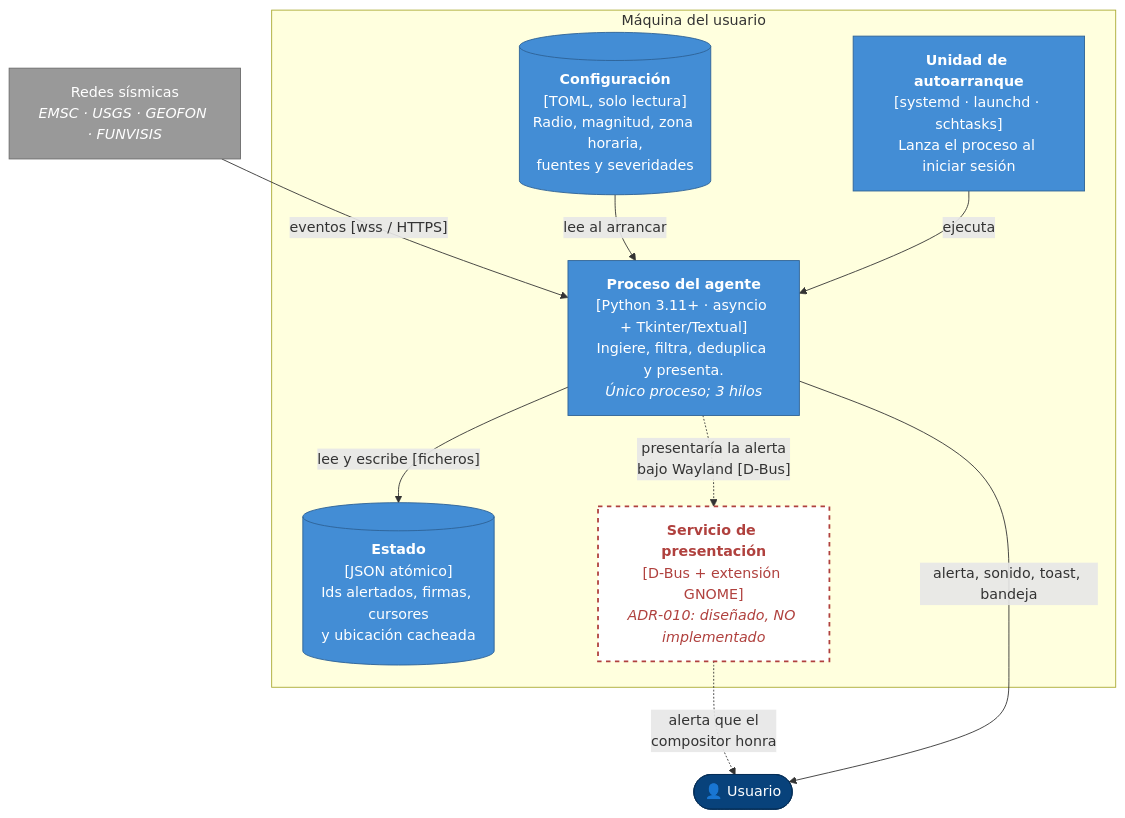
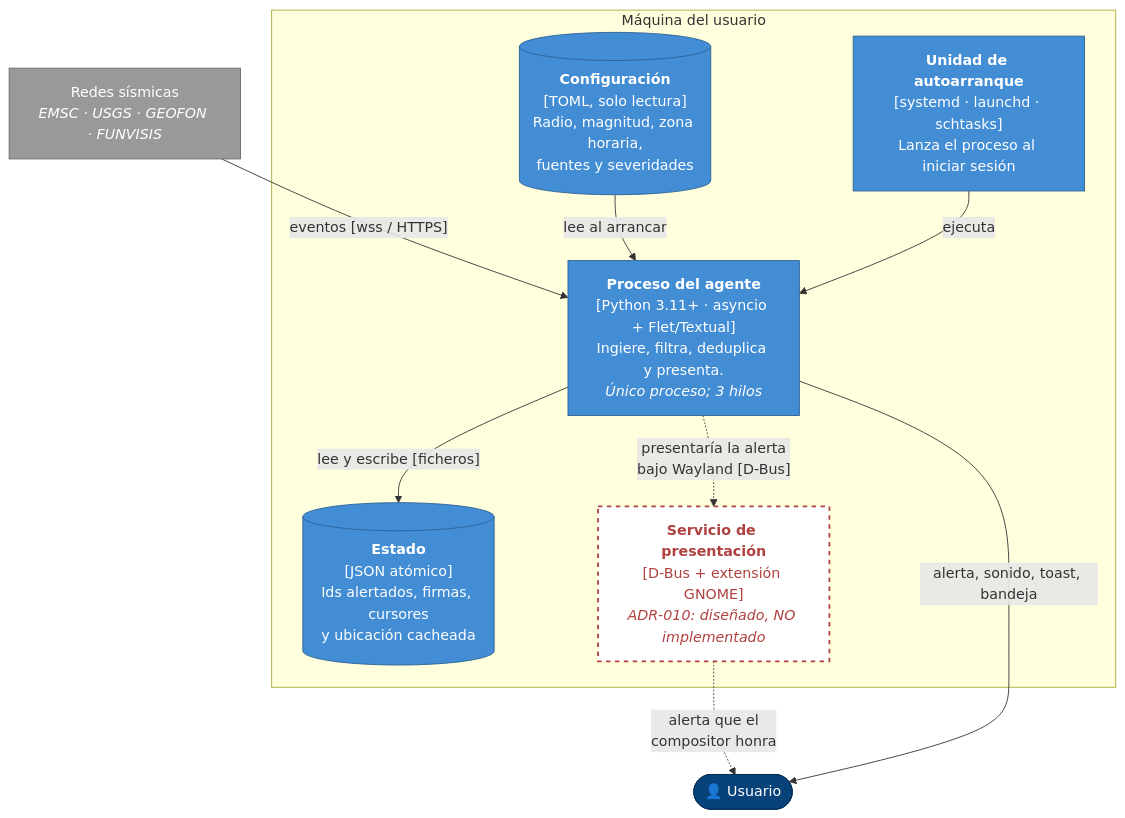
The second of 5 diagrams in docs/ARQUITECTURA-C4.md (ecrespo/vigia-eew), drawn with Mermaid before and after one commit. The commit also changed other lines of this file and 60 other files, not shown here.

````diff
--- a/docs/ARQUITECTURA-C4.md
+++ b/docs/ARQUITECTURA-C4.md
@@ -90,32 +90,32 @@
 ```mermaid
 flowchart TB
     user(["👤 Usuario"])
     redes["Redes sísmicas<br/><i>EMSC · USGS · GEOFON · FUNVISIS</i>"]
 
     subgraph maquina["Máquina del usuario"]
-        proc["<b>Proceso del agente</b><br/>[Python 3.11+ · asyncio + Tkinter/Textual]<br/>Ingiere, filtra, deduplica y presenta.<br/><i>Único proceso; 3 hilos</i>"]
+        proc["<b>Proceso del agente</b><br/>[Python 3.11+ · asyncio + Flet/Textual]<br/>Ingiere, filtra, deduplica y presenta.<br/><i>Único proceso; 3 hilos</i>"]
         estado[("<b>Estado</b><br/>[JSON atómico]<br/>Ids alertados, firmas, cursores<br/>y ubicación cacheada")]
         config[("<b>Configuración</b><br/>[TOML, solo lectura]<br/>Radio, magnitud, zona horaria,<br/>fuentes y severidades")]
         unidad["<b>Unidad de autoarranque</b><br/>[systemd · launchd · schtasks]<br/>Lanza el proceso al iniciar sesión"]
         dbus["<b>Servicio de presentación</b><br/>[D-Bus + extensión GNOME]<br/><i>ADR-010: diseñado, NO implementado</i>"]
     end
 
     redes -- "eventos [wss / HTTPS]" --> proc
     proc -- "lee y escribe [ficheros]" --> estado
     config -- "lee al arrancar" --> proc
     unidad -- "ejecuta" --> proc
     proc -. "presentaría la alerta<br/>bajo Wayland [D-Bus]" .-> dbus
     dbus -. "alerta que el<br/>compositor honra" .-> user
     proc -- "alerta, sonido, toast, bandeja" --> user
 
     classDef persona fill:#08427b,stroke:#052e56,color:#fff
     classDef contenedor fill:#438dd5,stroke:#2e6295,color:#fff
     classDef almacen fill:#438dd5,stroke:#2e6295,color:#fff
     classDef externo fill:#999999,stroke:#6b6b6b,color:#fff
     classDef pendiente fill:#ffffff,stroke:#b0413e,stroke-width:2px,stroke-dasharray:5 5,color:#b0413e
     class user persona
     class proc contenedor
     class estado,config,unidad almacen
     class redes externo
     class dbus pendiente
 ```
````
